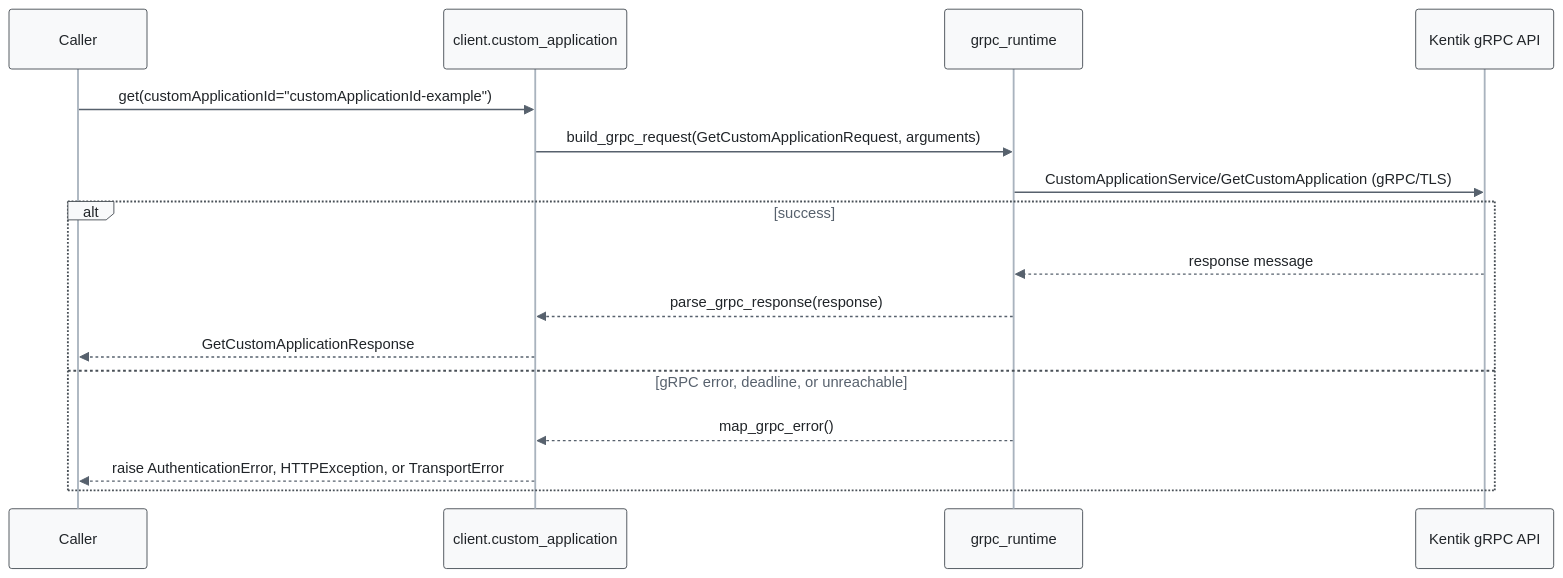
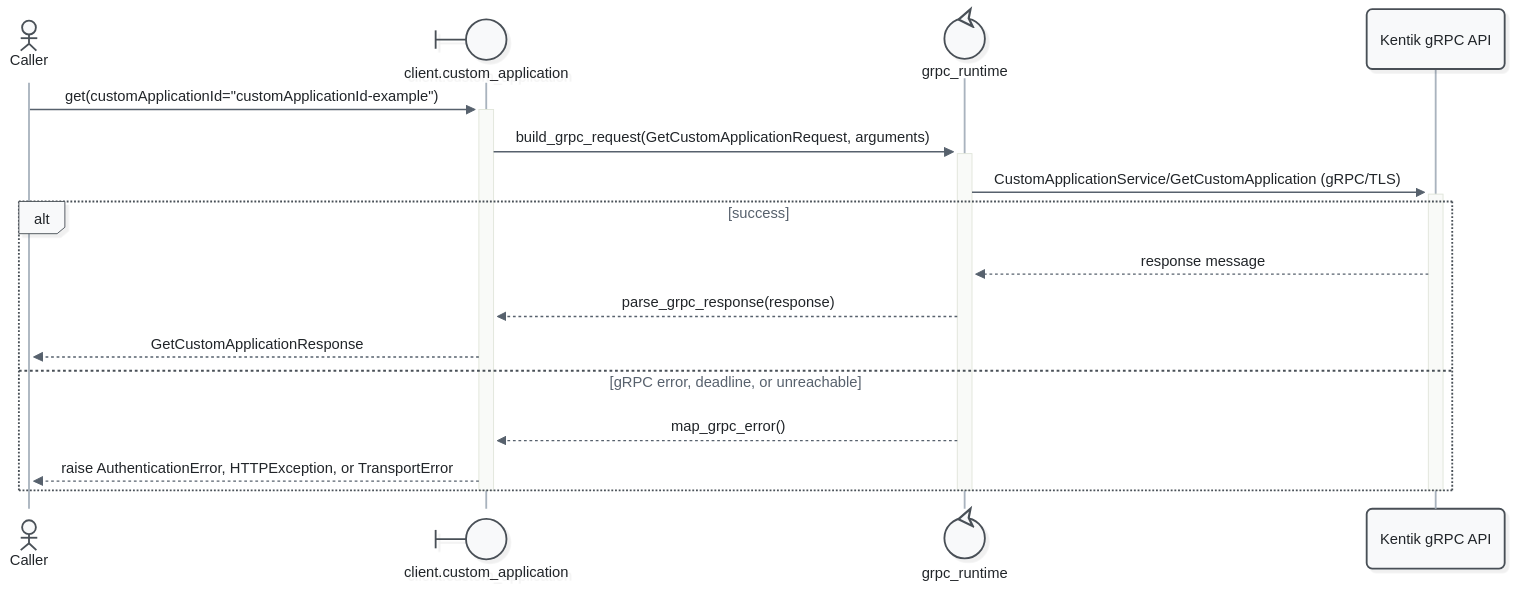
Before and after one commit to alexdearaujo/community_sdk_python: the sixth of 11 diagrams in docs/sphinx/services/custom_application.md, drawn with Mermaid. The commit also changed other lines of this file and 52 other files, not shown here.

First line of the commit message:
docs: Mermaid 12 sequence diagrams with participant types and path colors

````diff
--- a/docs/sphinx/services/custom_application.md
+++ b/docs/sphinx/services/custom_application.md
@@ -204,20 +216,23 @@
 ```mermaid
-%%{init: {"theme": "base", "fontFamily": "ui-monospace, SFMono-Regular, Menlo, monospace", "themeVariables": {"fontFamily": "ui-monospace, SFMono-Regular, Menlo, monospace", "primaryColor": "#f8f9fa", "primaryBorderColor": "#495057", "primaryTextColor": "#212529", "textColor": "#212529", "lineColor": "#77818c", "edgeLabelBackground": "#ffffff", "actorBkg": "#f8f9fa", "actorBorder": "#495057", "actorTextColor": "#212529", "actorLineColor": "#a9b3be", "signalColor": "#57616d", "signalTextColor": "#212529", "labelBoxBkgColor": "#f8f9fa", "labelBoxBorderColor": "#495057", "labelTextColor": "#212529", "loopTextColor": "#57616d", "noteBkgColor": "#fff9db", "noteBorderColor": "#f08c00", "noteTextColor": "#a35a00"}, "flowchart": {"curve": "step", "nodeSpacing": 30, "rankSpacing": 70, "wrappingWidth": 400}}}%%
+%%{init: {"theme": "redux", "look": "neo", "layout": "dagre", "fontFamily": "ui-monospace, SFMono-Regular, Menlo, monospace", "themeVariables": {"fontFamily": "ui-monospace, SFMono-Regular, Menlo, monospace", "primaryColor": "#f8f9fa", "primaryBorderColor": "#495057", "primaryTextColor": "#212529", "textColor": "#212529", "lineColor": "#77818c", "edgeLabelBackground": "#ffffff", "actorBkg": "#f8f9fa", "actorBorder": "#495057", "actorTextColor": "#212529", "actorLineColor": "#a9b3be", "signalColor": "#57616d", "signalTextColor": "#212529", "labelBoxBkgColor": "#f8f9fa", "labelBoxBorderColor": "#495057", "labelTextColor": "#212529", "loopTextColor": "#57616d", "noteBkgColor": "#fff9db", "noteBorderColor": "#f08c00", "noteTextColor": "#a35a00"}, "sequence": {"activationWidth": 16}, "flowchart": {"curve": "step", "nodeSpacing": 30, "rankSpacing": 70, "wrappingWidth": 400}}}%%
 sequenceDiagram
-    participant C as Caller
-    participant W as client.custom_application
-    participant R as grpc_runtime
+    actor C as Caller
+    participant W@{ "type": "boundary" } as client.custom_application
+    participant R@{ "type": "control" } as grpc_runtime
     participant API as Kentik gRPC API
 
-    C->>W: get(customApplicationId="customApplicationId-example")
-    W->>R: build_grpc_request(GetCustomApplicationRequest, arguments)
-    R->>API: CustomApplicationService/GetCustomApplication (gRPC/TLS)
+    C->>+W: get(customApplicationId="customApplicationId-example")
+    W->>+R: build_grpc_request(GetCustomApplicationRequest, arguments)
+    R->>+API: CustomApplicationService/GetCustomApplication (gRPC/TLS)
     alt success
         API-->>R: response message
         R-->>W: parse_grpc_response(response)
         W-->>C: GetCustomApplicationResponse
     else gRPC error, deadline, or unreachable
         R-->>W: map_grpc_error()
         W-->>C: raise AuthenticationError, HTTPException, or TransportError
     end
+    deactivate API
+    deactivate R
+    deactivate W
 ```
````
